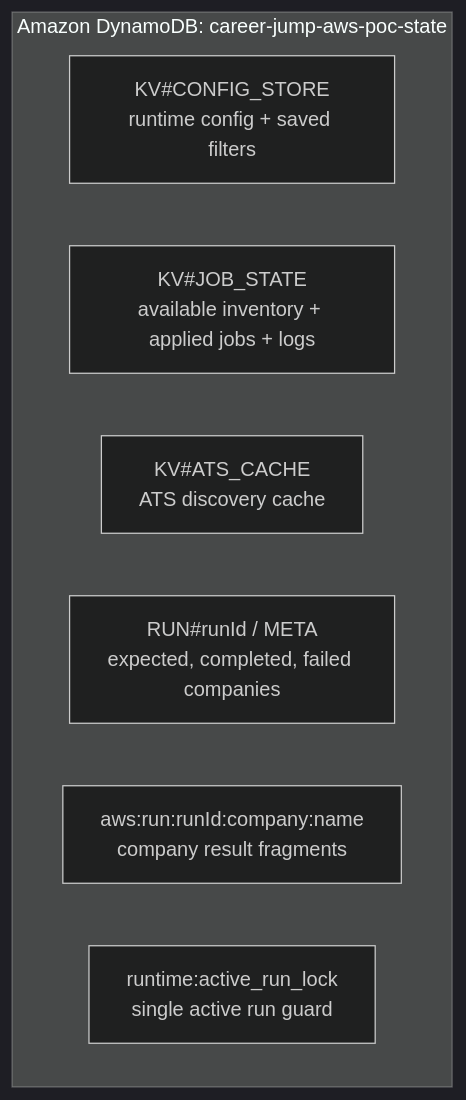
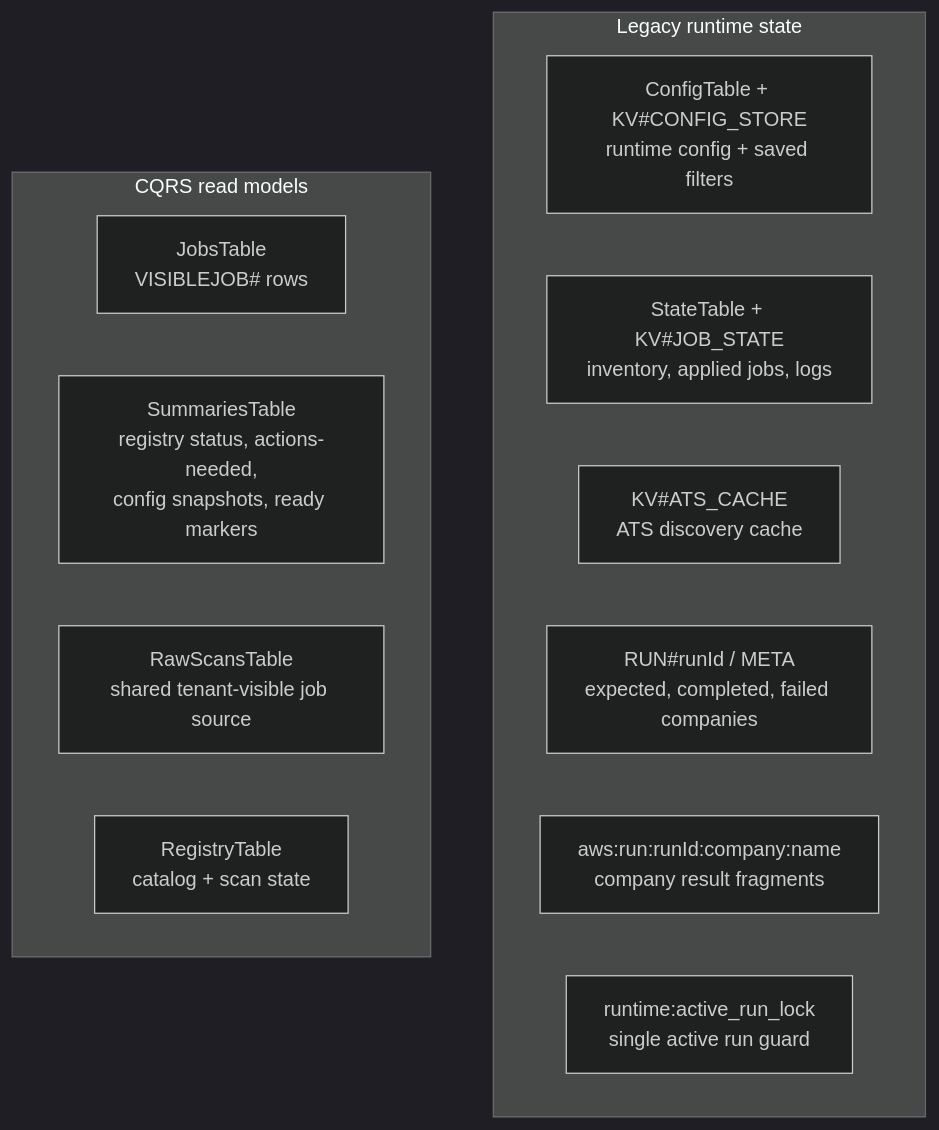
The first of 2 diagrams in services/api/docs/architecture/runtime-state.md (dipak-bhujbal/career-jump), drawn with Mermaid (dark theme) before and after one commit. The commit also changed other lines of this file and 51 other files, not shown here.

Commit message:
Add CQRS read models for jobs and admin summaries

````diff
--- a/services/api/docs/architecture/runtime-state.md
+++ b/services/api/docs/architecture/runtime-state.md
@@ -7,11 +15,17 @@
 ```mermaid
 flowchart TB
-    subgraph DynamoDB["Amazon DynamoDB: career-jump-aws-poc-state"]
-        config["KV#CONFIG_STORE<br/>runtime config + saved filters"]
-        state["KV#JOB_STATE<br/>available inventory + applied jobs + logs"]
+    subgraph Legacy["Legacy runtime state"]
+        config["ConfigTable + KV#CONFIG_STORE<br/>runtime config + saved filters"]
+        state["StateTable + KV#JOB_STATE<br/>inventory, applied jobs, logs"]
         cache["KV#ATS_CACHE<br/>ATS discovery cache"]
         runmeta["RUN#runId / META<br/>expected, completed, failed companies"]
         fragments["aws:run:runId:company:name<br/>company result fragments"]
         locks["runtime:active_run_lock<br/>single active run guard"]
     end
+    subgraph CQRS["CQRS read models"]
+        jobs["JobsTable<br/>VISIBLEJOB# rows"]
+        summaries["SummariesTable<br/>registry status, actions-needed,<br/>config snapshots, ready markers"]
+        raw["RawScansTable<br/>shared tenant-visible job source"]
+        registry["RegistryTable<br/>catalog + scan state"]
+    end
 ```
````
